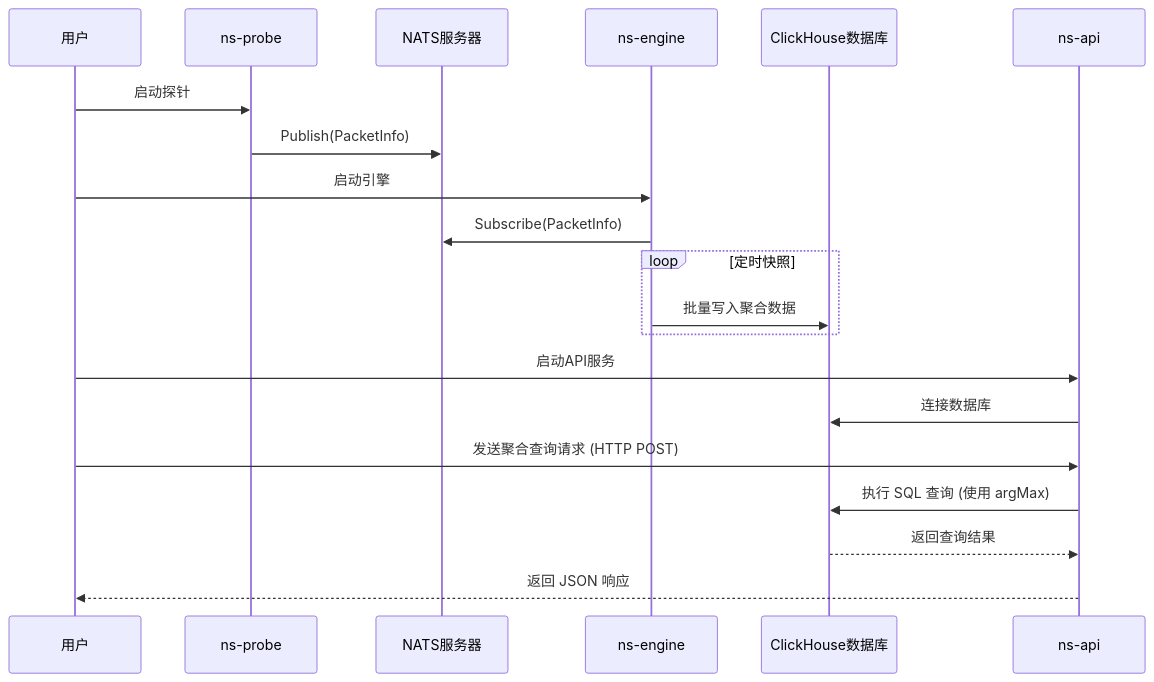
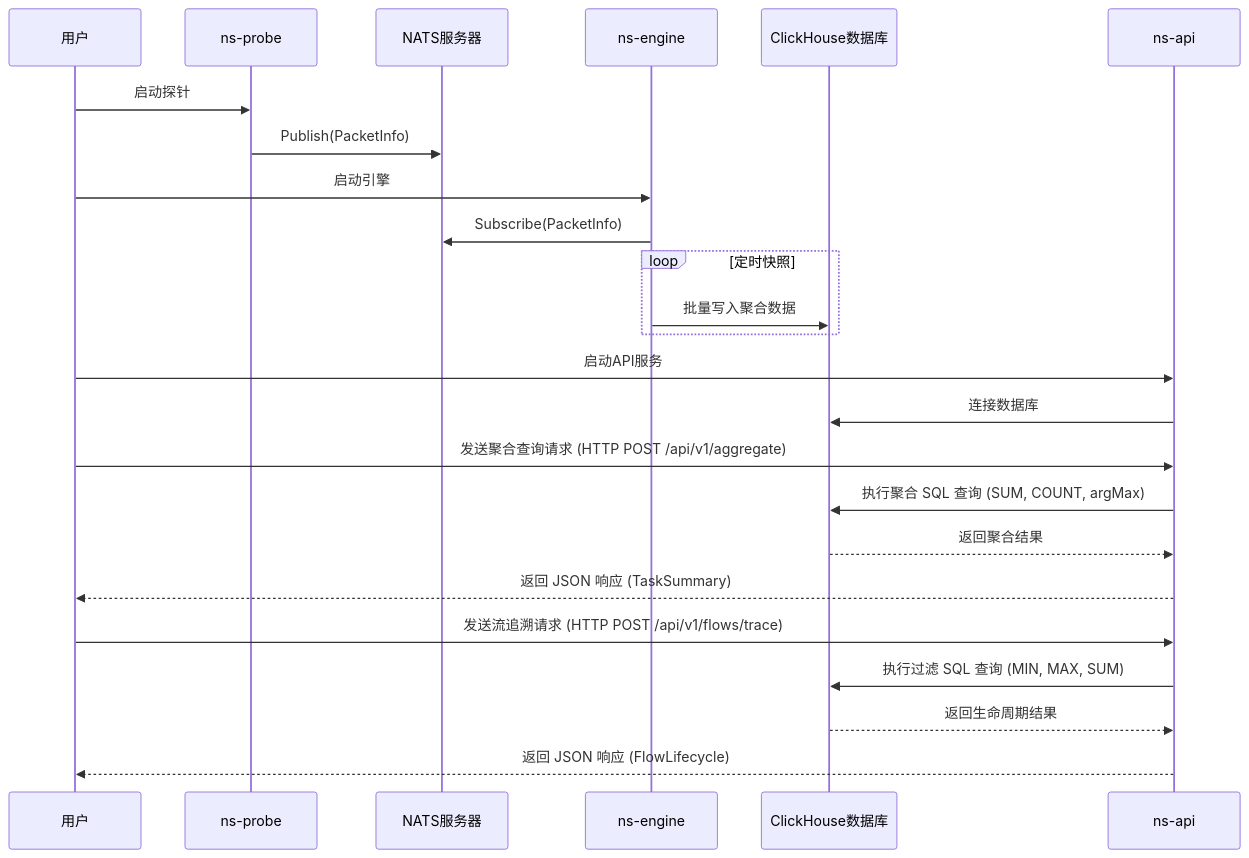
Before and after one commit to Decade-qiu/Go2NetSpectra: the third of 3 diagrams in doc/technology.md, drawn with Mermaid.

Commit message:
:memo: docs: update technology doc with API and query details

````diff
--- a/doc/technology.md
+++ b/doc/technology.md
@@ -223,26 +223,31 @@
 ```mermaid
 sequenceDiagram
     participant User as 用户
     participant Probe as ns-probe
     participant NATS as NATS服务器
     participant Engine as ns-engine
     participant ClickHouse as ClickHouse数据库
     participant API as ns-api
 
     User->>Probe: 启动探针
     Probe->>NATS: Publish(PacketInfo)
 
     User->>Engine: 启动引擎
     Engine->>NATS: Subscribe(PacketInfo)
     loop 定时快照
         Engine->>ClickHouse: 批量写入聚合数据
     end
 
     User->>API: 启动API服务
     API->>ClickHouse: 连接数据库
 
-    User->>API: 发送聚合查询请求 (HTTP POST)
-    API->>ClickHouse: 执行 SQL 查询 (使用 argMax)
-    ClickHouse-->>API: 返回查询结果
-    API-->>User: 返回 JSON 响应
+    User->>API: 发送聚合查询请求 (HTTP POST /api/v1/aggregate)
+    API->>ClickHouse: 执行聚合 SQL 查询 (SUM, COUNT, argMax)
+    ClickHouse-->>API: 返回聚合结果
+    API-->>User: 返回 JSON 响应 (TaskSummary)
+
+    User->>API: 发送流追溯请求 (HTTP POST /api/v1/flows/trace)
+    API->>ClickHouse: 执行过滤 SQL 查询 (MIN, MAX, SUM)
+    ClickHouse-->>API: 返回生命周期结果
+    API-->>User: 返回 JSON 响应 (FlowLifecycle)
 ```
````
